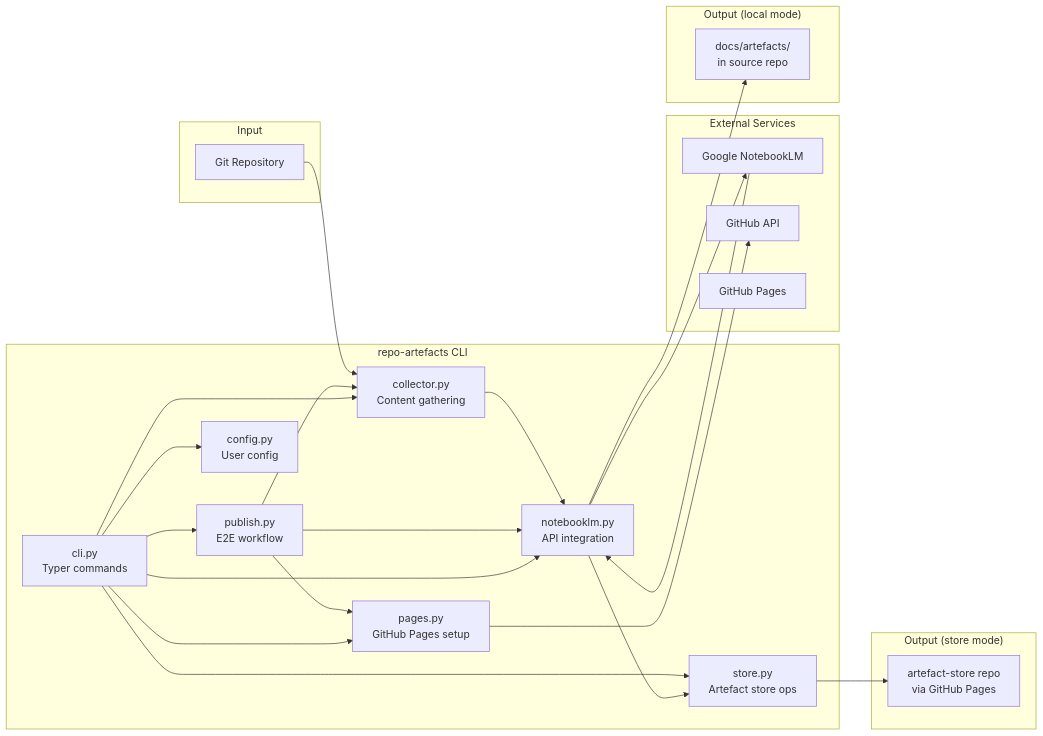
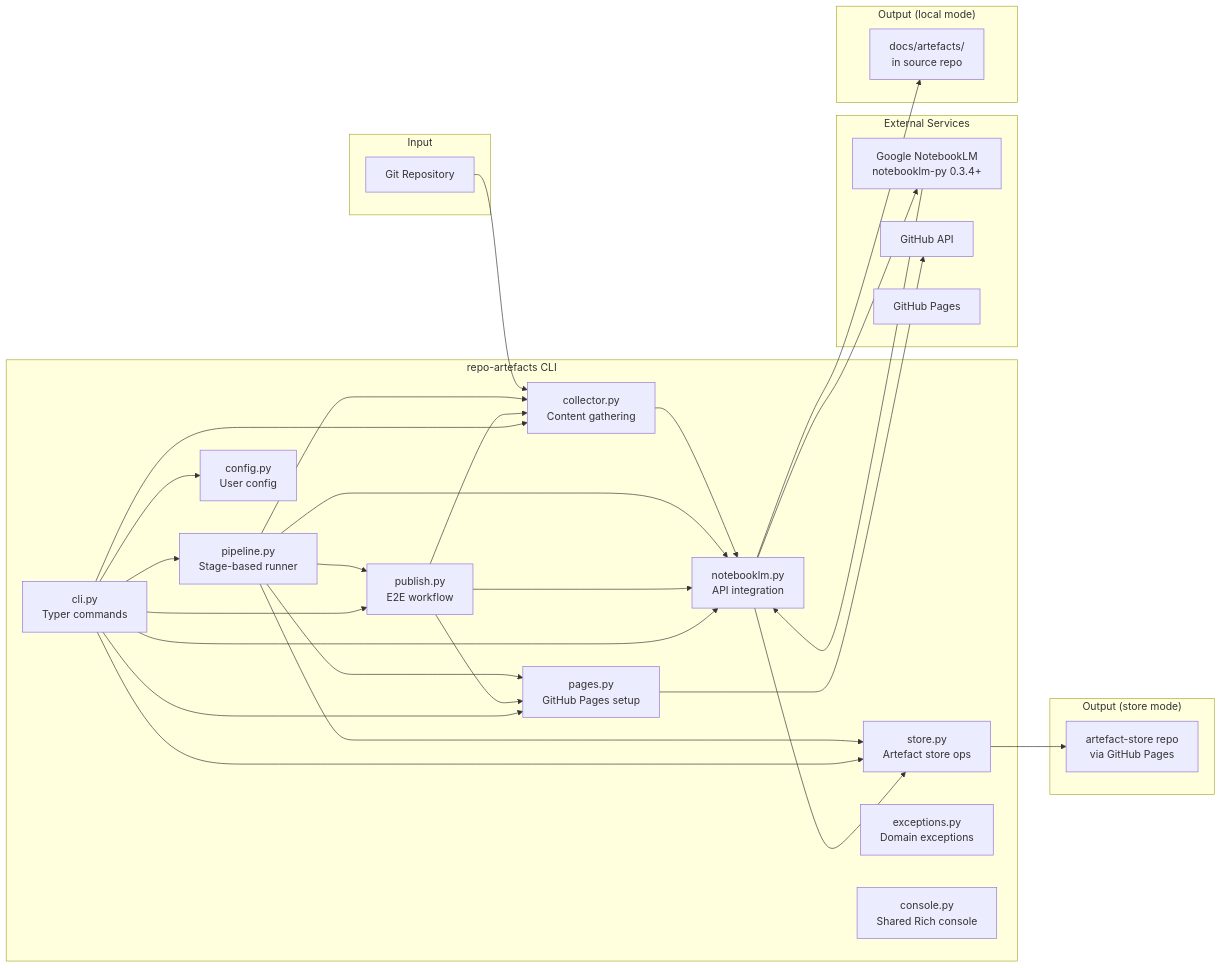
Before and after one commit to NetDevAutomate/notebooklm-repo-artefacts: the first of 10 diagrams in docs/codemap.md, drawn with Mermaid. The commit also changed other lines of this file and 18 other files, not shown here.

First line of the commit message:
refactor: replace raw API parsing with upstream public APIs, wire CLI to stage-based pipeline

````diff
--- a/docs/codemap.md
+++ b/docs/codemap.md
@@ -9,41 +9,45 @@
 ```mermaid
 graph LR
     subgraph "Input"
         REPO[Git Repository]
     end
 
     subgraph "repo-artefacts CLI"
         CLI[cli.py<br/>Typer commands]
         COL[collector.py<br/>Content gathering]
         NLM[notebooklm.py<br/>API integration]
+        PL[pipeline.py<br/>Stage-based runner]
         PG[pages.py<br/>GitHub Pages setup]
         PUB[publish.py<br/>E2E workflow]
         ST[store.py<br/>Artefact store ops]
         CFG[config.py<br/>User config]
+        EXC[exceptions.py<br/>Domain exceptions]
+        CNS[console.py<br/>Shared Rich console]
     end
 
     subgraph "External Services"
-        NLMAPI[Google NotebookLM]
+        NLMAPI[Google NotebookLM<br/>notebooklm-py 0.3.4+]
         GHAPI[GitHub API]
         GHPAGES[GitHub Pages]
     end
 
     subgraph "Output (local mode)"
         LOCAL[docs/artefacts/<br/>in source repo]
     end
 
     subgraph "Output (store mode)"
         STORE[artefact-store repo<br/>via GitHub Pages]
     end
 
     REPO --> COL
     COL --> NLM
     NLM --> NLMAPI
     NLMAPI --> NLM
     PG --> GHAPI
+    PL --> COL & NLM & PG & PUB & ST
     PUB --> COL & NLM & PG
     ST --> STORE
-    CLI --> COL & NLM & PG & PUB & ST & CFG
+    CLI --> COL & NLM & PG & PUB & ST & CFG & PL
     NLM --> LOCAL
     NLM --> ST
 ```
````
